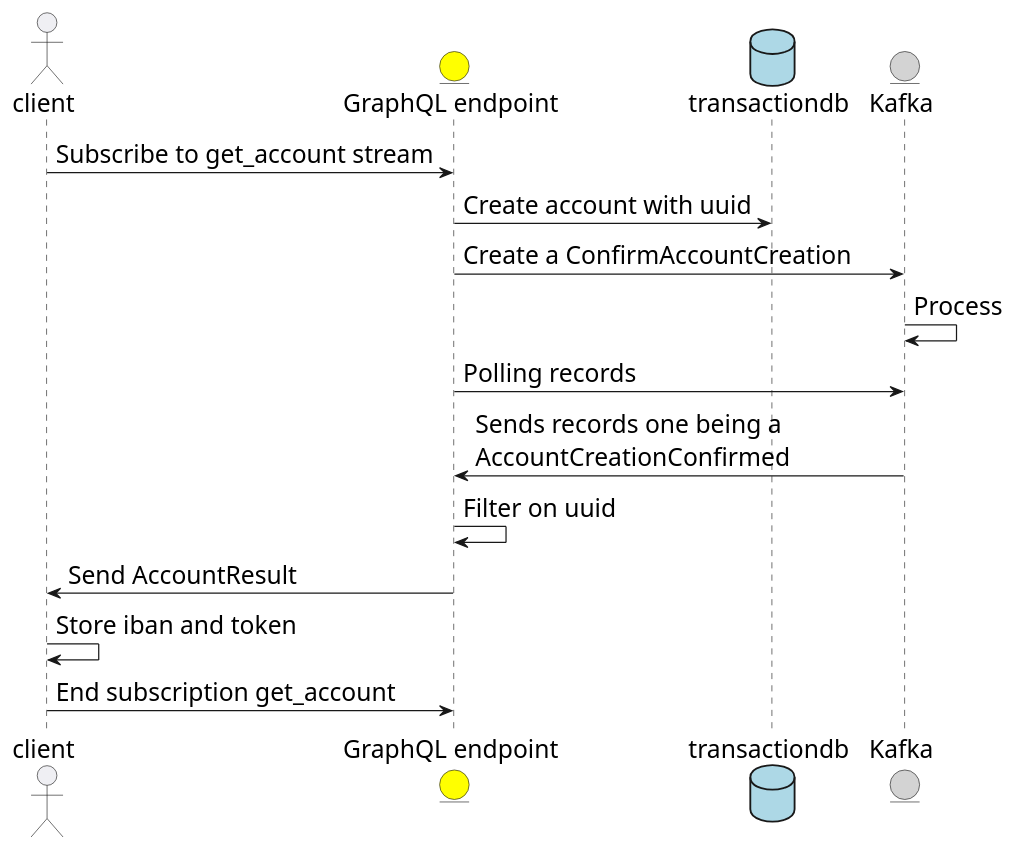
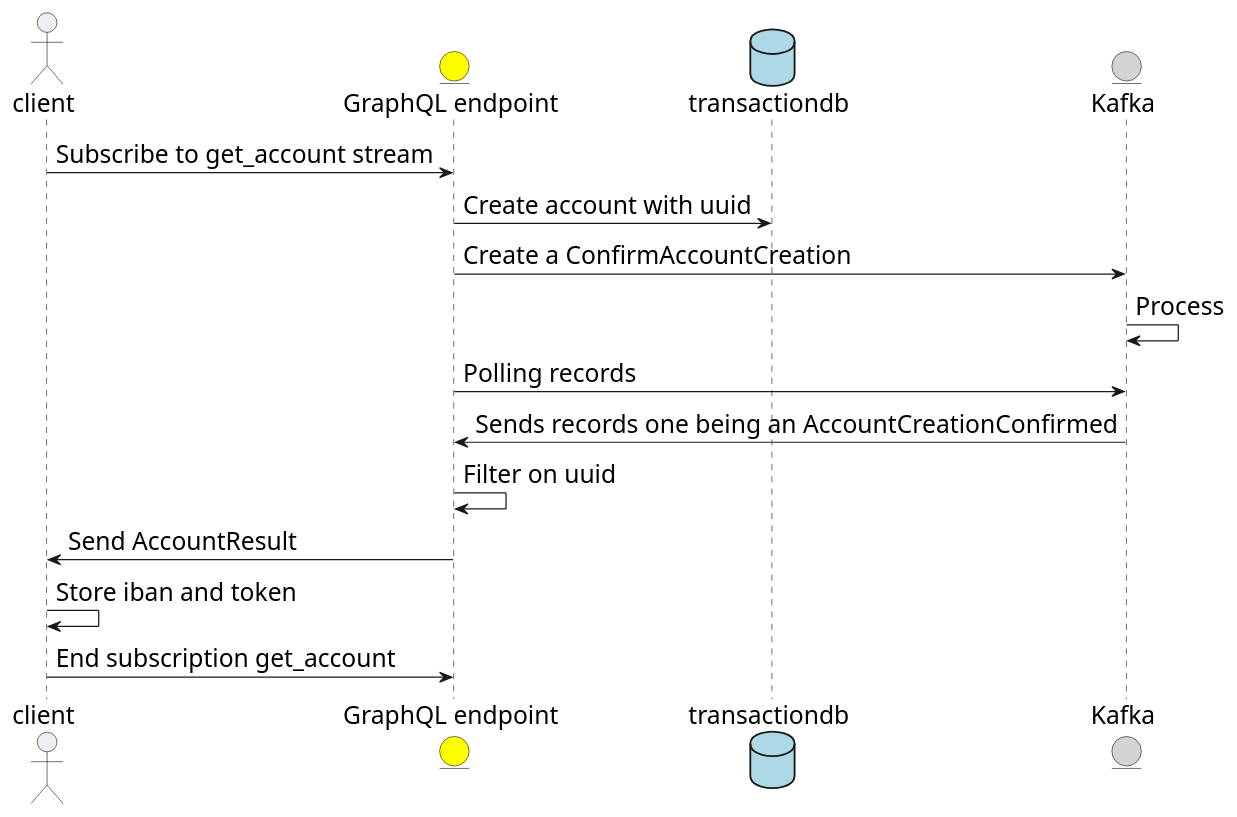
The diagram in resources/openingaccount.puml (openweb-nl/kafka-graphql-examples), drawn with PlantUML before and after one commit. The commit also changed 14 other files, not shown here.

```diff
--- a/resources/openingaccount.puml
+++ b/resources/openingaccount.puml
@@ -1,21 +1,21 @@
 @startuml
 skinparam defaultFontName Arial
 skinparam defaultFontSize 20
 
 actor client as cl #EFEFF3
 entity "GraphQL endpoint" as ge #Yellow
 database transactiondb as pgt #LightBlue
 entity "Kafka" as ka #LightGrey
 
 cl -> ge : Subscribe to get_account stream
 ge -> pgt : Create account with uuid
 ge -> ka : Create a ConfirmAccountCreation
 ka -> ka : Process
 ge -> ka : Polling records
-ka -> ge : Sends records one being a\nAccountCreationConfirmed
+ka -> ge : Sends records one being an AccountCreationConfirmed
 ge -> ge : Filter on uuid
 ge -> cl : Send AccountResult
 cl -> cl : Store iban and token
 cl -> ge : End subscription get_account
 
 @enduml
```
